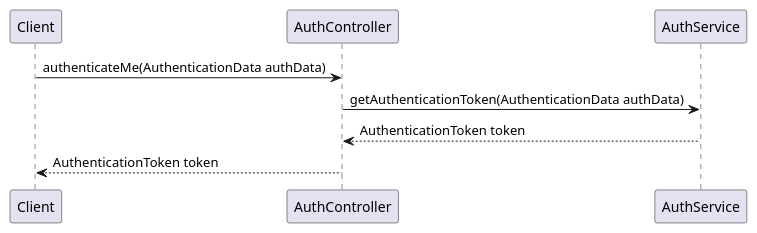
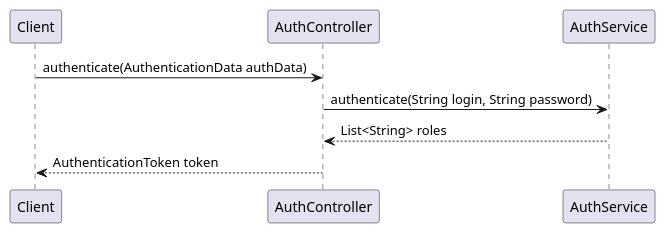
The diagram in documentation/Login/Login.puml (Buk1m/delegation-assistance), drawn with PlantUML before and after one commit. The commit also changed 35 other files, not shown here.

```diff
--- a/documentation/Login/Login.puml
+++ b/documentation/Login/Login.puml
@@ -1,6 +1,6 @@
 @startuml
-"Client"->"AuthController":authenticateMe(AuthenticationData authData)
-"AuthController"->AuthService:getAuthenticationToken(AuthenticationData authData)
-AuthService-->"AuthController":AuthenticationToken token
+"Client"->"AuthController":authenticate(AuthenticationData authData)
+"AuthController"->AuthService:authenticate(String login, String password)
+AuthService-->"AuthController":List<String> roles
 "AuthController"-->Client:AuthenticationToken token
 @enduml
```
